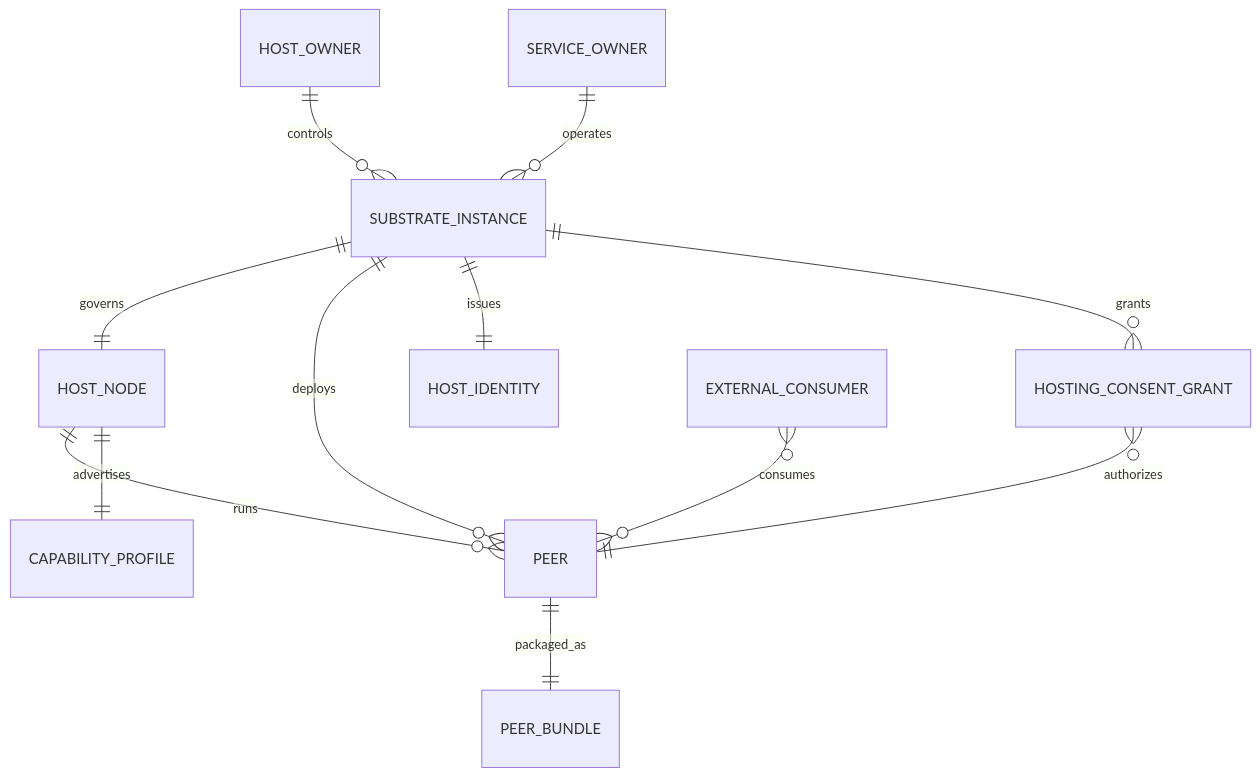
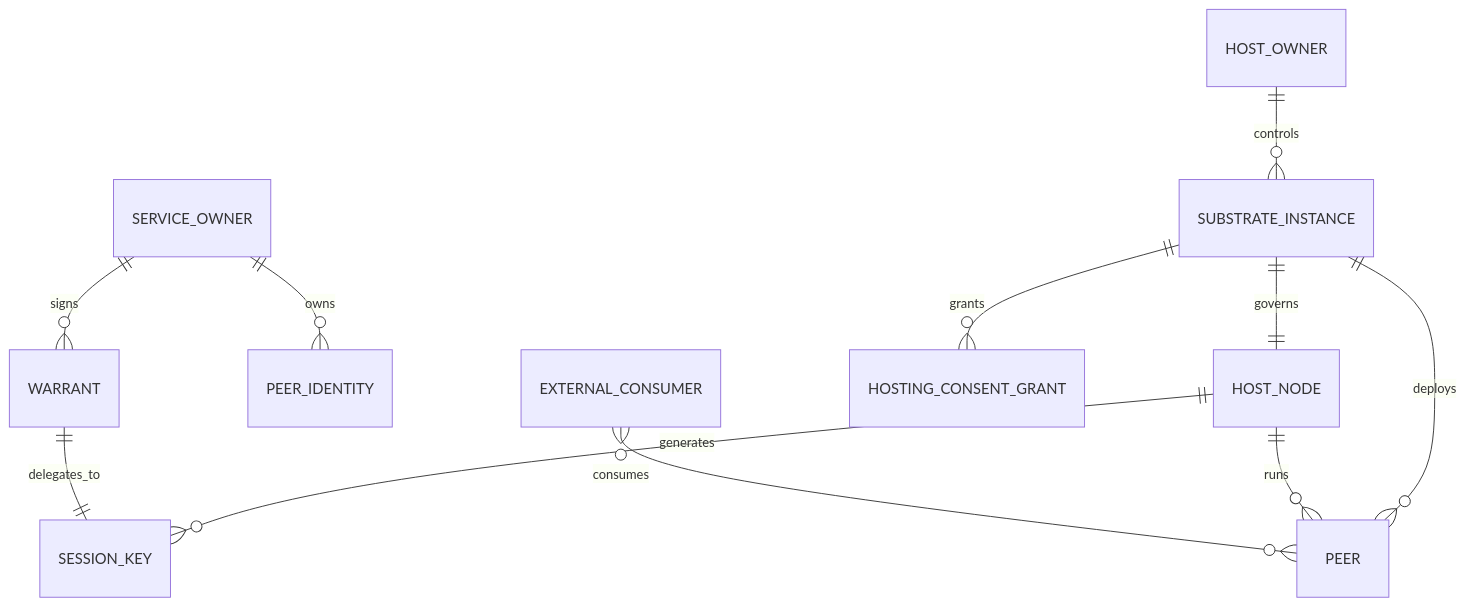
One commit to syneroym/syneroym changed the second of 2 diagrams in product/04-system-model.md. Above: the diagram before and after it, drawn with Mermaid. The commit also changed other lines of this file and 1 other file, not shown here.

Commit message:
doc: plugged some architecture and cli option holes

````diff
--- a/product/04-system-model.md
+++ b/product/04-system-model.md
@@ -90,14 +111,13 @@
 ```mermaid
 erDiagram
   HOST_OWNER ||--o{ SUBSTRATE_INSTANCE : controls
   SUBSTRATE_INSTANCE ||--|| HOST_NODE : governs
-  SERVICE_OWNER ||--o{ SUBSTRATE_INSTANCE : operates
+  SERVICE_OWNER ||--o{ PEER_IDENTITY : owns
+  SERVICE_OWNER ||--o{ WARRANT : signs
+  HOST_NODE ||--o{ SESSION_KEY : generates
+  WARRANT ||--|| SESSION_KEY : delegates_to
   SUBSTRATE_INSTANCE ||--o{ PEER : deploys
   HOST_NODE ||--o{ PEER : runs
-  SUBSTRATE_INSTANCE ||--|| HOST_IDENTITY : issues
-  HOST_NODE ||--|| CAPABILITY_PROFILE : advertises
-  PEER ||--|| PEER_BUNDLE : packaged_as
   SUBSTRATE_INSTANCE ||--o{ HOSTING_CONSENT_GRANT : grants
-  HOSTING_CONSENT_GRANT }o--|| PEER : authorizes
   EXTERNAL_CONSUMER }o--o{ PEER : consumes
 ```
````
